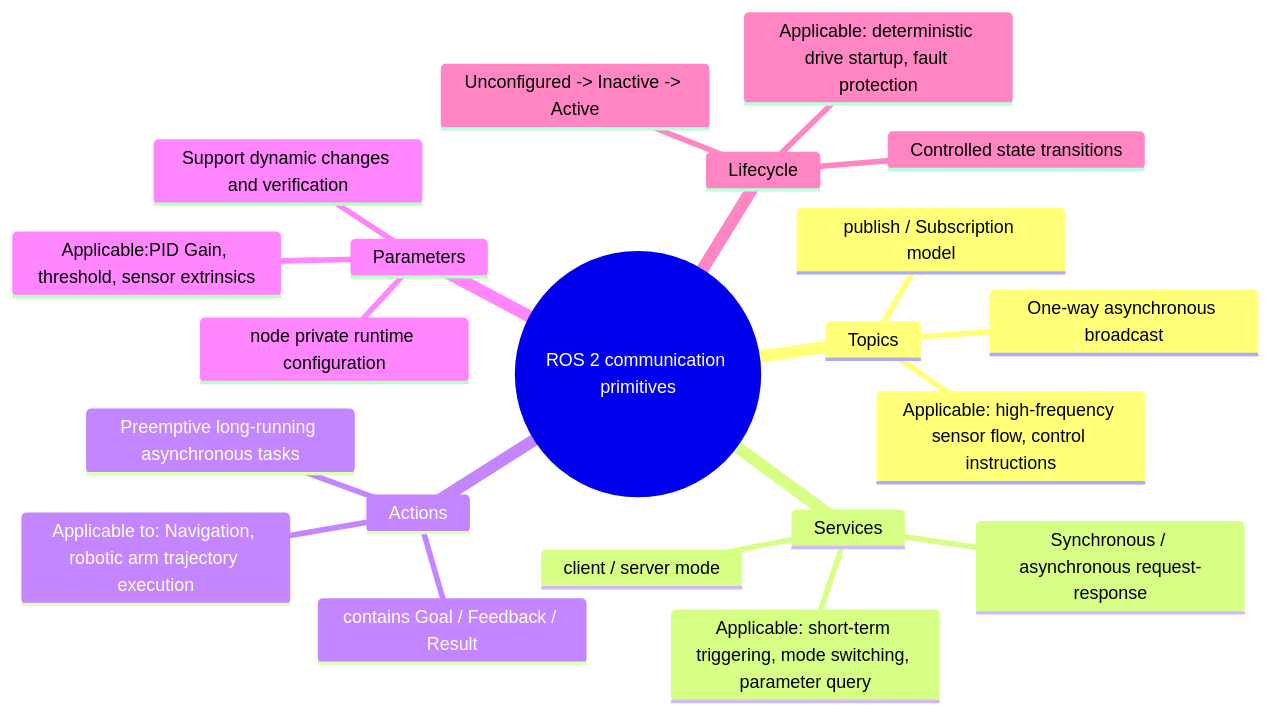
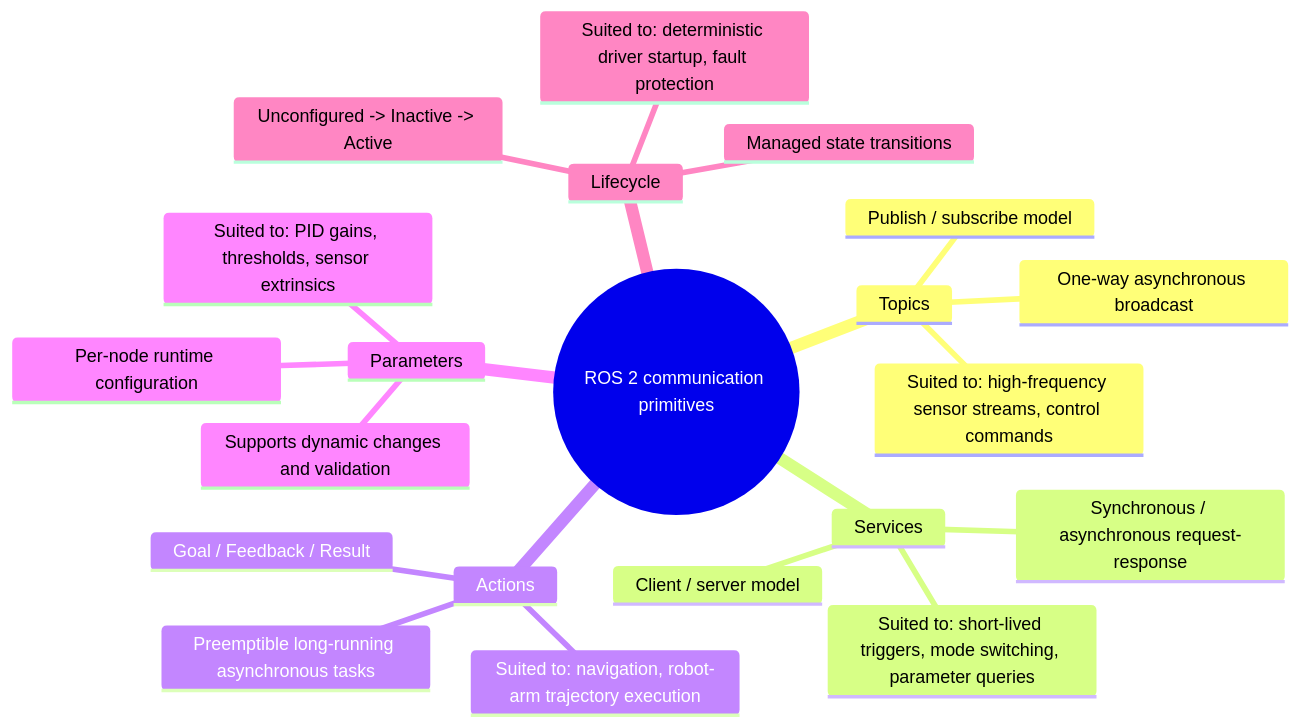
The fifth of 21 diagrams in _translations/en/research/ROS2-Survey.md (TingdeLiu/tingdeliu.github.io), drawn with Mermaid before and after one commit. The commit also changed other lines of this file and 51 other files, not shown here.

````diff
--- a/_translations/en/research/ROS2-Survey.md
+++ b/_translations/en/research/ROS2-Survey.md
@@ -275,24 +275,24 @@
 ```mermaid
 mindmap
   root((ROS 2 communication primitives))
     Topics
       One-way asynchronous broadcast
-      publish / Subscription model
-      Applicable: high-frequency sensor flow, control instructions
+      Publish / subscribe model
+      Suited to: high-frequency sensor streams, control commands
     Services
       Synchronous / asynchronous request-response
-      client / server mode
-      Applicable: short-term triggering, mode switching, parameter query
+      Client / server model
+      Suited to: short-lived triggers, mode switching, parameter queries
     Actions
-      Preemptive long-running asynchronous tasks
-      contains Goal / Feedback / Result
-      Applicable to: Navigation, robotic arm trajectory execution
+      Preemptible long-running asynchronous tasks
+      Goal / Feedback / Result
+      Suited to: navigation, robot-arm trajectory execution
     Parameters
-      node private runtime configuration
-      Support dynamic changes and verification
-      Applicable:PID Gain, threshold, sensor extrinsics
+      Per-node runtime configuration
+      Supports dynamic changes and validation
+      Suited to: PID gains, thresholds, sensor extrinsics
     Lifecycle
-      Controlled state transitions
+      Managed state transitions
       Unconfigured -> Inactive -> Active
-      Applicable: deterministic drive startup, fault protection
+      Suited to: deterministic driver startup, fault protection
 ```
````
